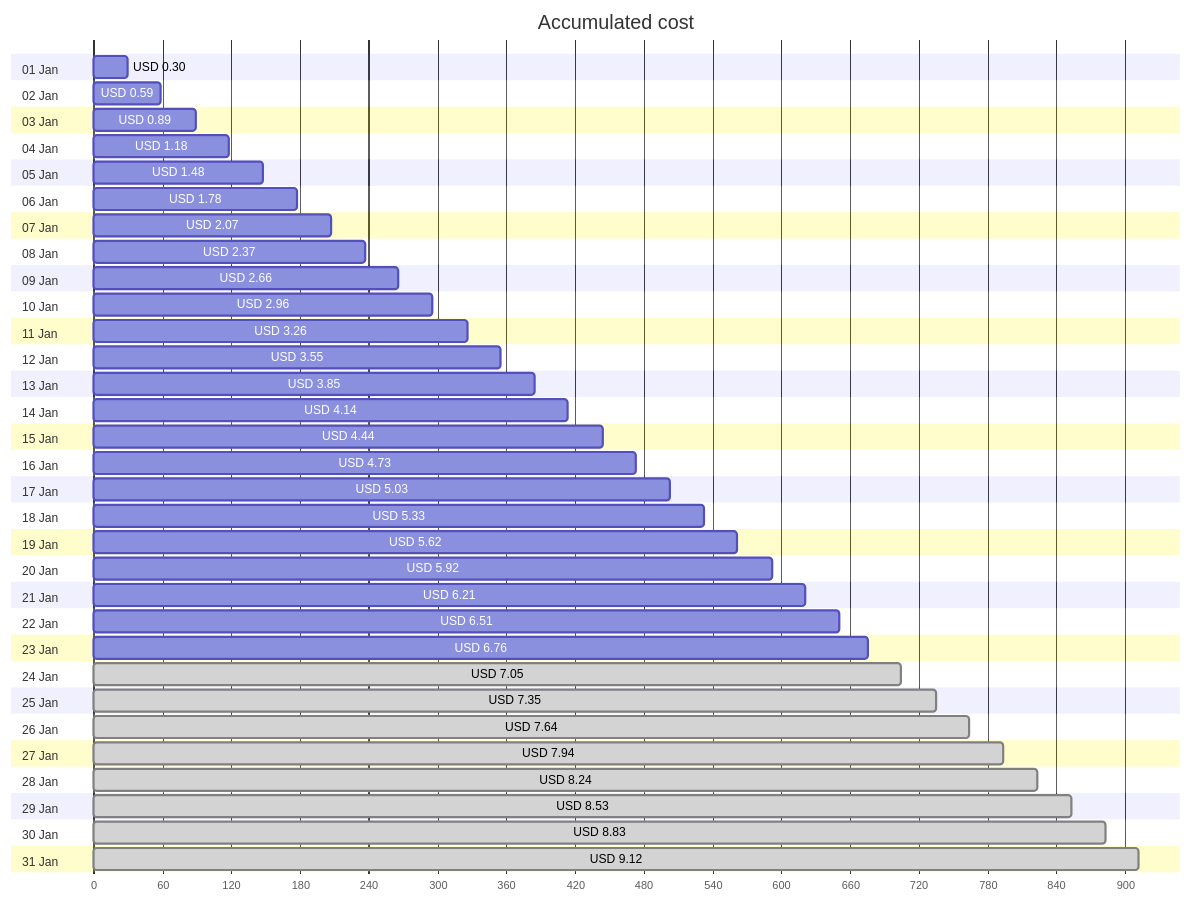
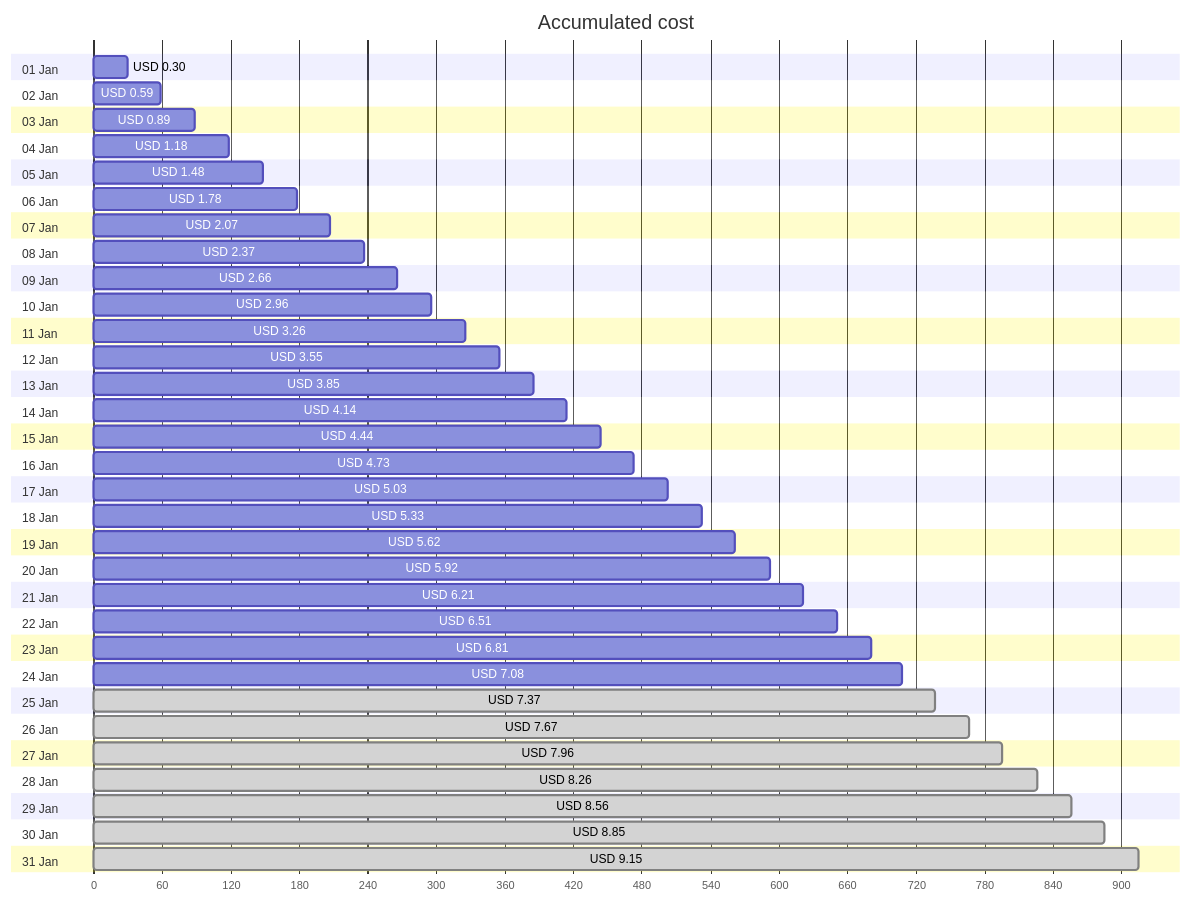
One commit to jpfulton/azure-personal-reports changed the first of 4 diagrams in cost-reports/personal-site/personal-site-preview.md. Above: the diagram before and after it, drawn with Mermaid. The commit also changed other lines of this file and 6 other files, not shown here.

````diff
--- a/cost-reports/personal-site/personal-site-preview.md
+++ b/cost-reports/personal-site/personal-site-preview.md
@@ -20,68 +20,68 @@
 ```mermaid
 gantt
    title Accumulated cost
    dateFormat  X
    axisFormat %s
    section 01 Jan
    USD 0.30 :0, 30
    section 02 Jan
    USD 0.59 :0, 59
    section 03 Jan
    USD 0.89 :0, 89
    section 04 Jan
    USD 1.18 :0, 118
    section 05 Jan
    USD 1.48 :0, 148
    section 06 Jan
    USD 1.78 :0, 178
    section 07 Jan
    USD 2.07 :0, 207
    section 08 Jan
    USD 2.37 :0, 237
    section 09 Jan
    USD 2.66 :0, 266
    section 10 Jan
    USD 2.96 :0, 296
    section 11 Jan
    USD 3.26 :0, 326
    section 12 Jan
    USD 3.55 :0, 355
    section 13 Jan
    USD 3.85 :0, 385
    section 14 Jan
    USD 4.14 :0, 414
    section 15 Jan
    USD 4.44 :0, 444
    section 16 Jan
    USD 4.73 :0, 473
    section 17 Jan
    USD 5.03 :0, 503
    section 18 Jan
    USD 5.33 :0, 533
    section 19 Jan
    USD 5.62 :0, 562
    section 20 Jan
    USD 5.92 :0, 592
    section 21 Jan
    USD 6.21 :0, 621
    section 22 Jan
    USD 6.51 :0, 651
    section 23 Jan
-   USD 6.76 :0, 676
+   USD 6.81 :0, 681
    section 24 Jan
-   USD 7.05 : done, 0, 705
+   USD 7.08 :0, 708
    section 25 Jan
-   USD 7.35 : done, 0, 735
+   USD 7.37 : done, 0, 737
    section 26 Jan
-   USD 7.64 : done, 0, 764
+   USD 7.67 : done, 0, 767
    section 27 Jan
-   USD 7.94 : done, 0, 794
+   USD 7.96 : done, 0, 796
    section 28 Jan
-   USD 8.24 : done, 0, 824
+   USD 8.26 : done, 0, 826
    section 29 Jan
-   USD 8.53 : done, 0, 853
+   USD 8.56 : done, 0, 856
    section 30 Jan
-   USD 8.83 : done, 0, 883
+   USD 8.85 : done, 0, 885
    section 31 Jan
-   USD 9.12 : done, 0, 912
+   USD 9.15 : done, 0, 915
 ```
````
